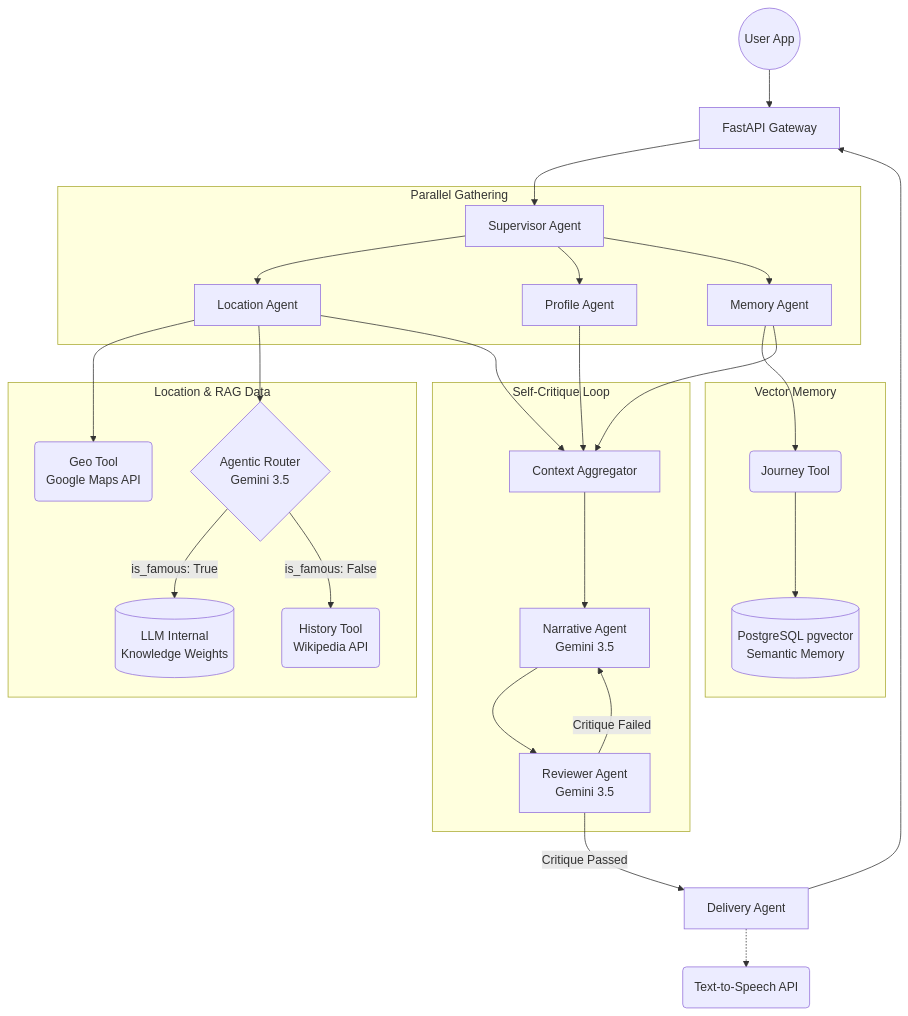
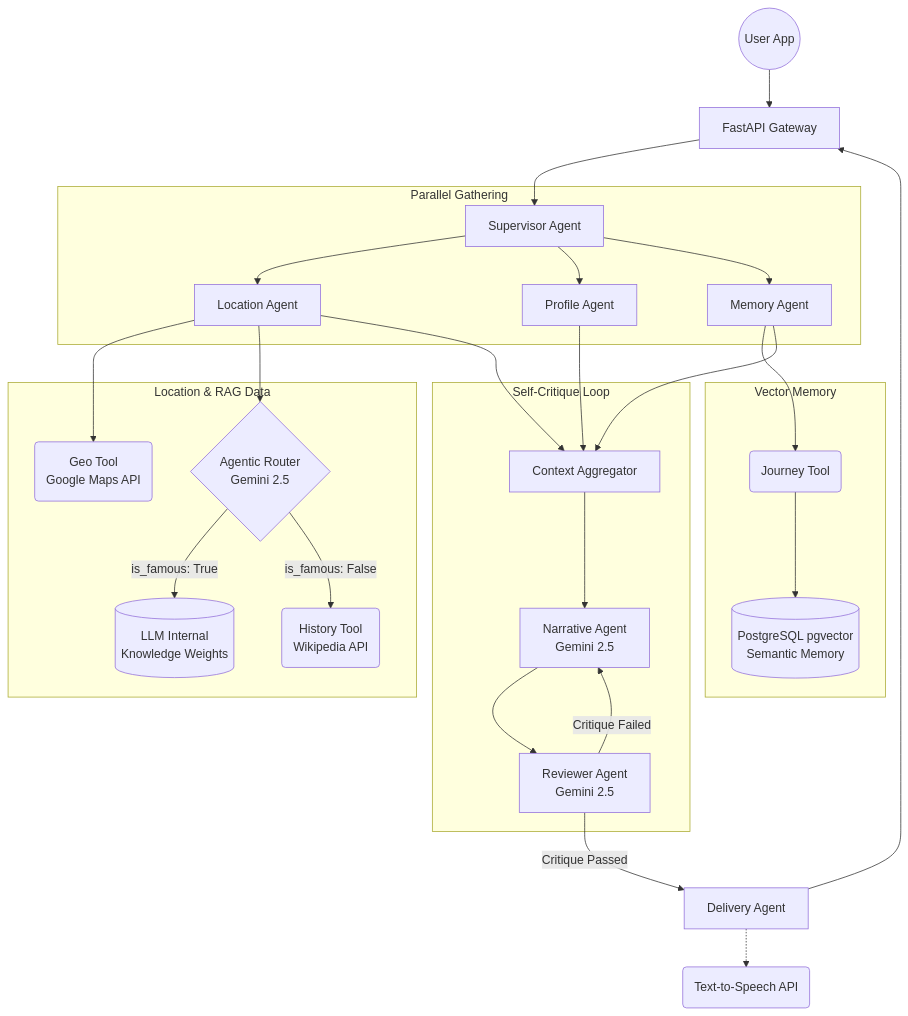
The diagram in ChronoPath/README.md (texon09/ChronoPath), drawn with Mermaid before and after one commit. The commit also changed other lines of this file and 1 other file, not shown here.

Commit message:
docs: update architecture details to reflect recent infrastructure upgrades

````diff
--- a/ChronoPath/README.md
+++ b/ChronoPath/README.md
@@ -38,37 +38,37 @@
 ```mermaid
 flowchart TD
     User((User App)) --> API[FastAPI Gateway]
     API --> Supervisor[Supervisor Agent]
     
     subgraph Parallel Gathering
         Supervisor --> LocAgent[Location Agent]
         Supervisor --> ProfileAgent[Profile Agent]
         Supervisor --> MemoryAgent[Memory Agent]
     end
 
     subgraph Location & RAG Data
         LocAgent --> GeoTool(Geo Tool\nGoogle Maps API)
-        LocAgent --> Router{Agentic Router\nGemini 3.5}
+        LocAgent --> Router{Agentic Router\nGemini 2.5}
         Router -- "is_famous: True" --> LLMMemory[(LLM Internal\nKnowledge Weights)]
         Router -- "is_famous: False" --> WikiTool(History Tool\nWikipedia API)
     end
     
     subgraph Vector Memory
         MemoryAgent --> JourneyTool(Journey Tool)
         JourneyTool --> PgVector[(PostgreSQL pgvector\nSemantic Memory)]
     end
     
     LocAgent --> ContextAgg[Context Aggregator]
     ProfileAgent --> ContextAgg
     MemoryAgent --> ContextAgg
     
     subgraph Self-Critique Loop
-        ContextAgg --> Generator[Narrative Agent\nGemini 3.5]
-        Generator --> Reviewer[Reviewer Agent\nGemini 3.5]
+        ContextAgg --> Generator[Narrative Agent\nGemini 2.5]
+        Generator --> Reviewer[Reviewer Agent\nGemini 2.5]
         Reviewer -- "Critique Failed" --> Generator
     end
     
     Reviewer -- "Critique Passed" --> Delivery[Delivery Agent]
     Delivery --> API
     Delivery -.-> TTS(Text-to-Speech API)
 ```
````
